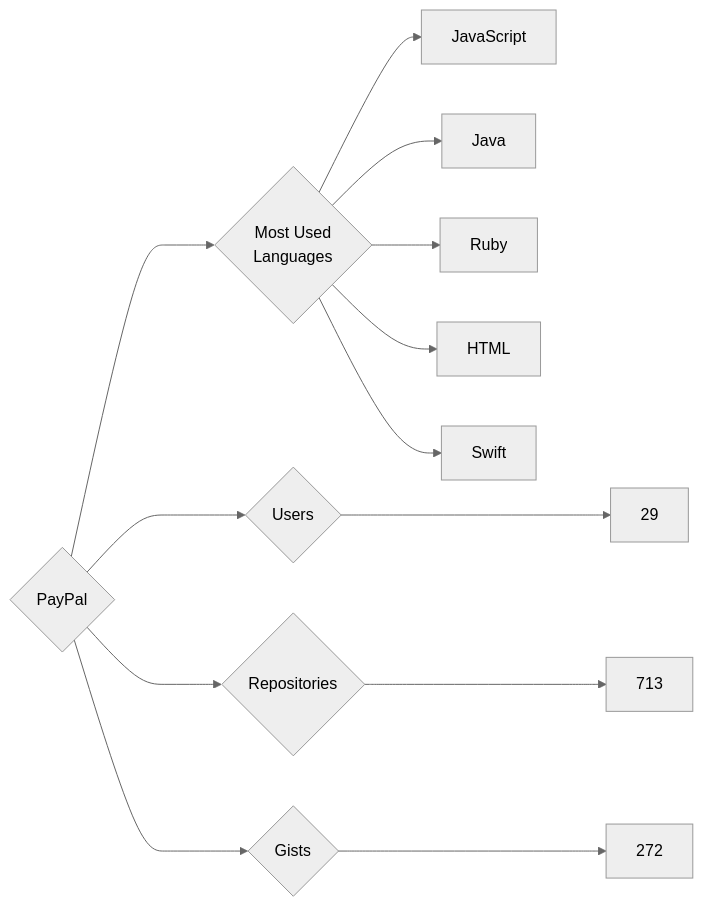
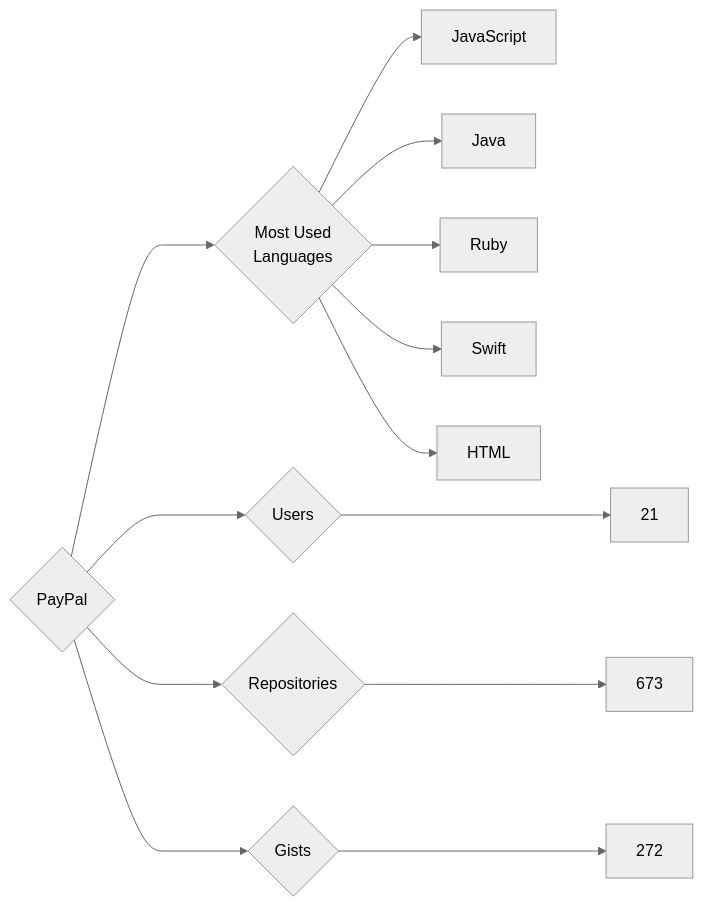
One commit to trickest/insiders changed the diagram in targets/PayPal/README.md. Above: the diagram before and after it, drawn with Mermaid (neutral theme). The commit also changed 953 other files, not shown here.

````diff
--- a/targets/PayPal/README.md
+++ b/targets/PayPal/README.md
@@ -3,13 +3,13 @@
 ```mermaid
 graph LR
 COMPANY_NAME{PayPal}
-COMPANY_NAME ---> U{Users} ---> UN[29]
-COMPANY_NAME ---> R{Repositories} ---> RN[713]
+COMPANY_NAME ---> U{Users} ---> UN[21]
+COMPANY_NAME ---> R{Repositories} ---> RN[673]
 COMPANY_NAME ---> G{Gists} ---> GN[272]
 COMPANY_NAME ---> ML{Most Used<br>Languages}
 ML --> JavaScript[JavaScript]
 ML --> Java[Java]
 ML --> Ruby[Ruby]
+ML --> Swift[Swift]
 ML --> HTML[HTML]
-ML --> Swift[Swift]
 ```
````
